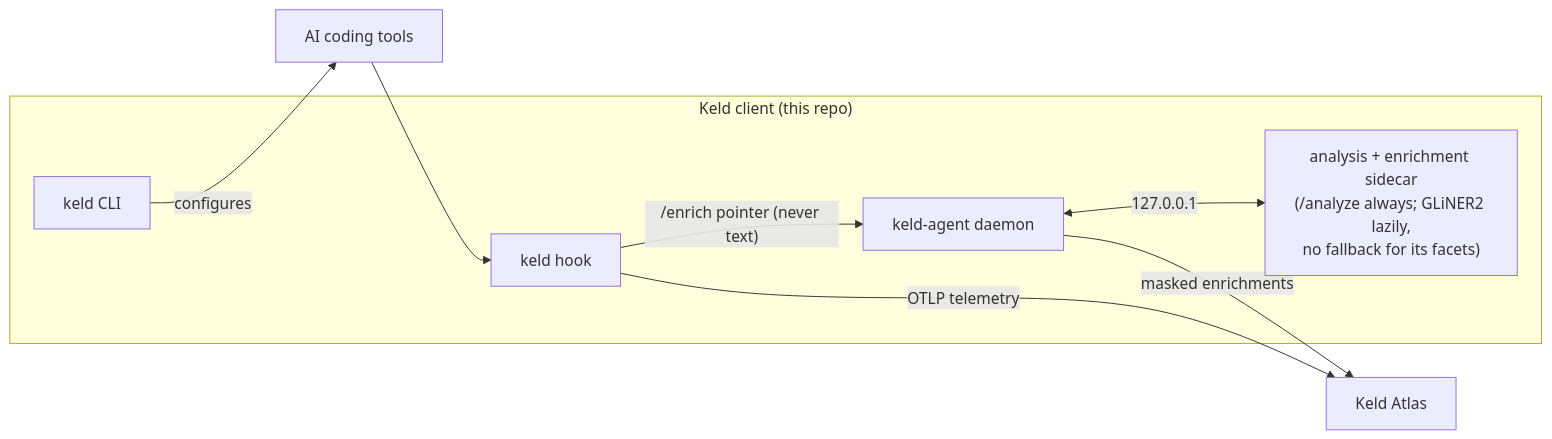
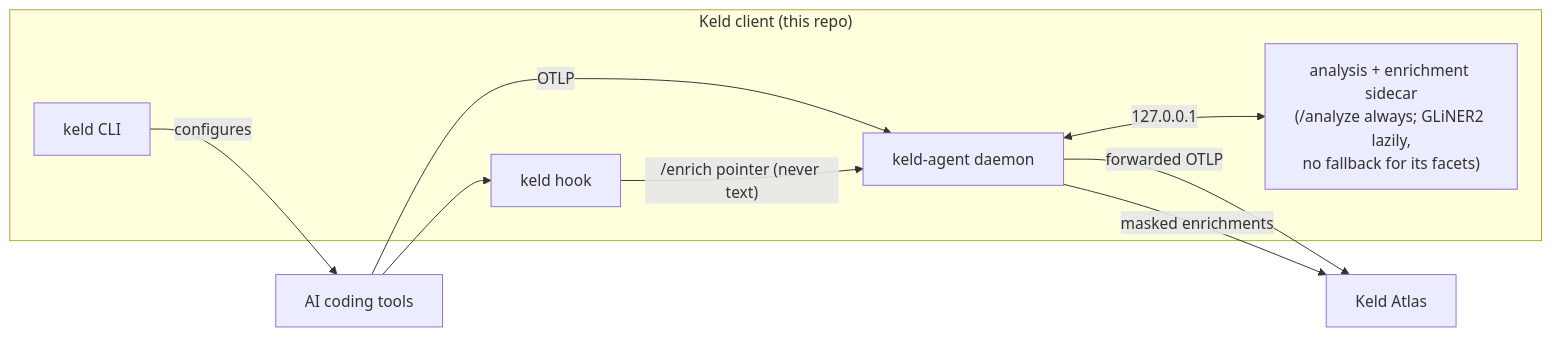
Before and after one commit to ncx-ai/keld-signal: the diagram in AGENTS.md, drawn with Mermaid. The commit also changed other lines of this file and 4 other files, not shown here.

````diff
--- a/AGENTS.md
+++ b/AGENTS.md
@@ -39,17 +39,18 @@
 ```mermaid
 flowchart LR
   Tools["AI coding tools"]
   subgraph Client["Keld client (this repo)"]
     CLI["keld CLI"]
     Hook["keld hook"]
     Agent["keld-agent daemon"]
     Sidecar["analysis + enrichment sidecar<br/>(/analyze always; GLiNER2 lazily,<br/>no fallback for its facets)"]
   end
   Atlas["Keld Atlas"]
   CLI -->|configures| Tools
   Tools --> Hook
-  Hook -->|OTLP telemetry| Atlas
+  Tools -->|OTLP| Agent
+  Agent -->|forwarded OTLP| Atlas
   Hook -->|"/enrich pointer (never text)"| Agent
   Agent <-->|127.0.0.1| Sidecar
   Agent -->|masked enrichments| Atlas
 ```
````
